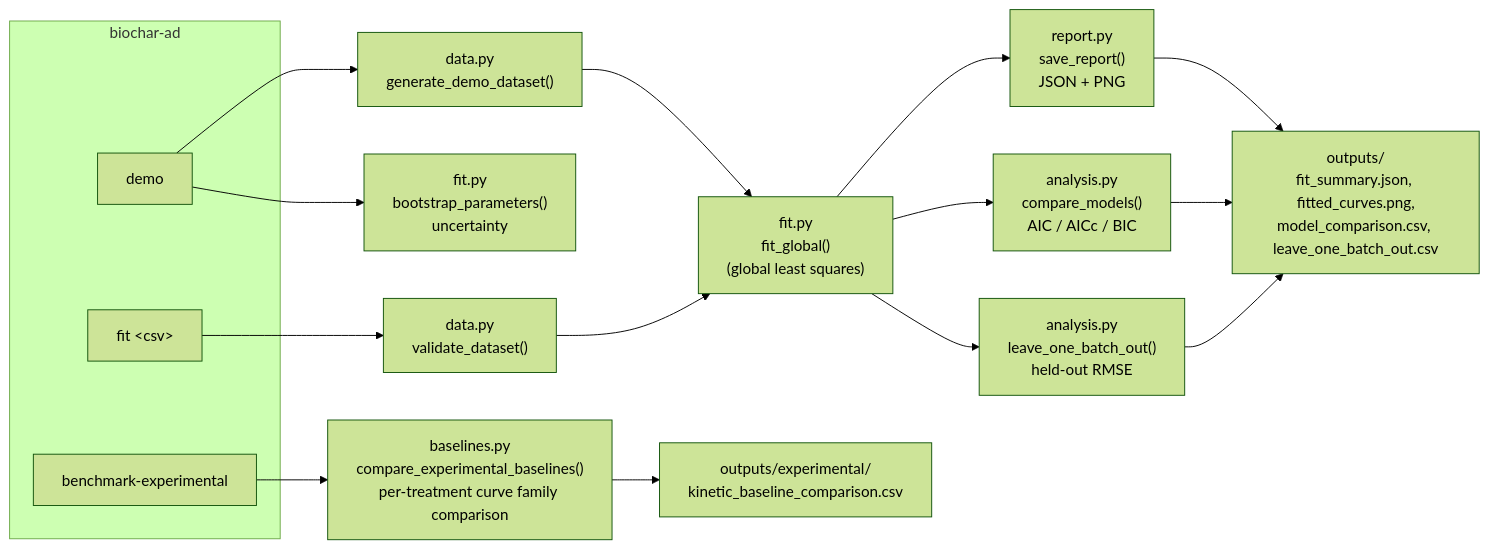
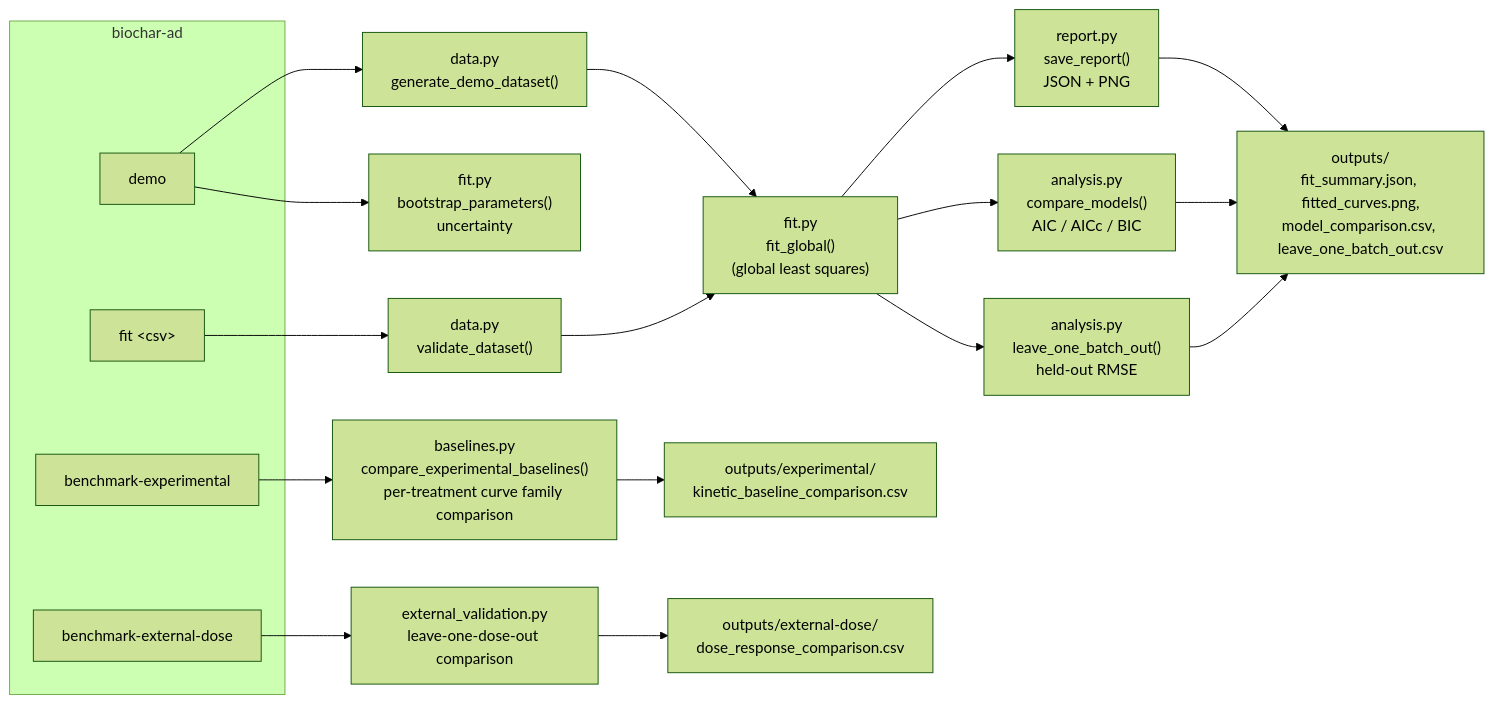
The diagram in docs/ARCHITECTURE.md (thisisnikan/biochar-ad-digital-twin), drawn with Mermaid (forest theme) before and after one commit. The commit also changed other lines of this file and 15 other files, not shown here.

````diff
--- a/docs/ARCHITECTURE.md
+++ b/docs/ARCHITECTURE.md
@@ -80,25 +79,28 @@
 ```mermaid
 flowchart LR
     subgraph CLI["biochar-ad <command>"]
         demo["demo"]
         fit["fit &lt;csv&gt;"]
         bench["benchmark-experimental"]
+        external["benchmark-external-dose"]
     end
 
     demo --> gen["data.py<br/>generate_demo_dataset()"]
     gen --> pipeline
     fit --> validate["data.py<br/>validate_dataset()"]
     validate --> pipeline
 
     pipeline["fit.py<br/>fit_global()<br/>(global least squares)"] --> report["report.py<br/>save_report()<br/>JSON + PNG"]
     pipeline --> compare["analysis.py<br/>compare_models()<br/>AIC / AICc / BIC"]
     pipeline --> lobo["analysis.py<br/>leave_one_batch_out()<br/>held-out RMSE"]
     demo --> boot["fit.py<br/>bootstrap_parameters()<br/>uncertainty"]
 
     bench --> baselines["baselines.py<br/>compare_experimental_baselines()<br/>per-treatment curve family comparison"]
     baselines --> out2["outputs/experimental/<br/>kinetic_baseline_comparison.csv"]
+    external --> dosecheck["external_validation.py<br/>leave-one-dose-out comparison"]
+    dosecheck --> out3["outputs/external-dose/<br/>dose_response_comparison.csv"]
 
     report --> out1["outputs/<br/>fit_summary.json, fitted_curves.png,<br/>model_comparison.csv, leave_one_batch_out.csv"]
     compare --> out1
     lobo --> out1
 ```
````
